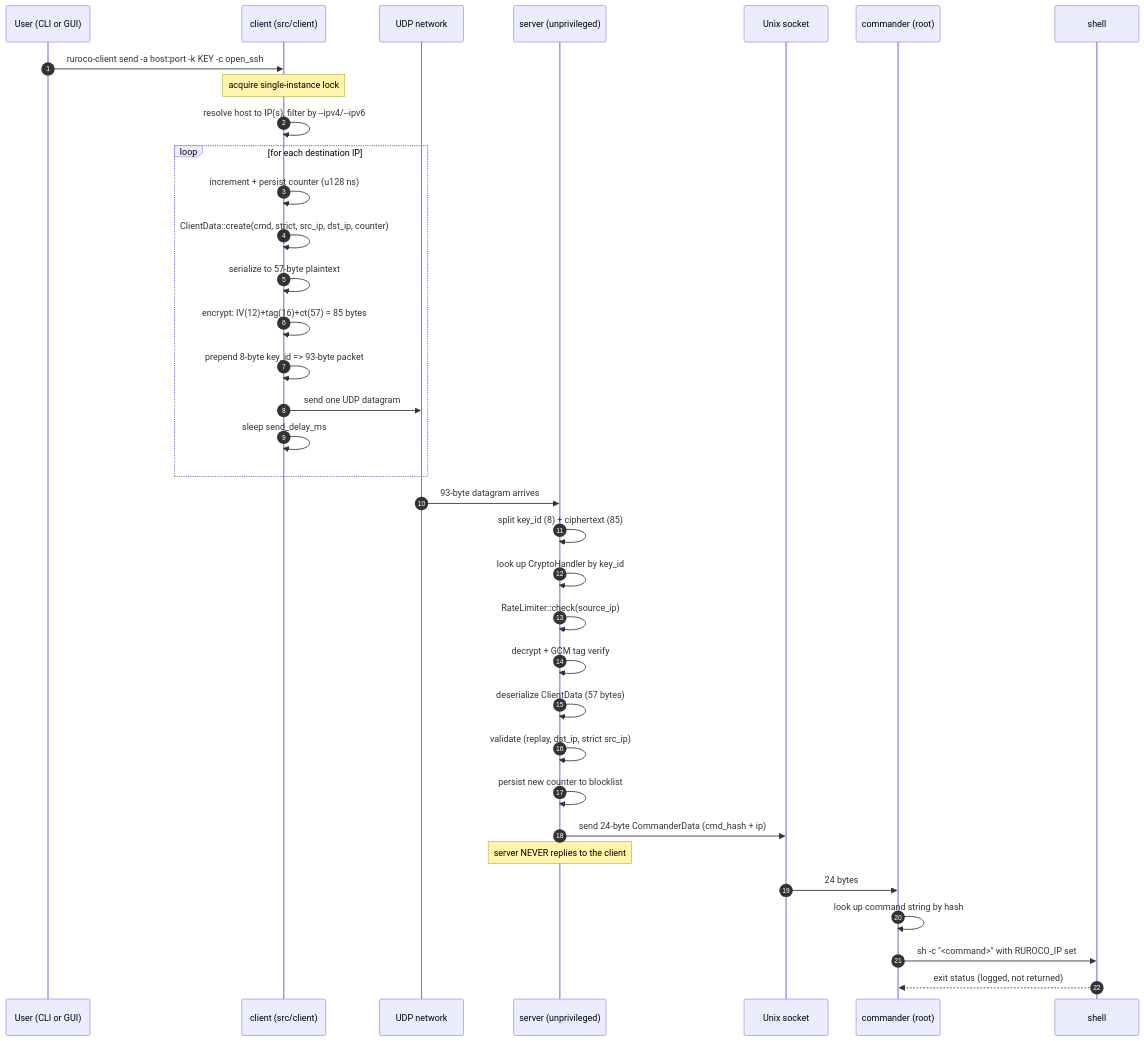
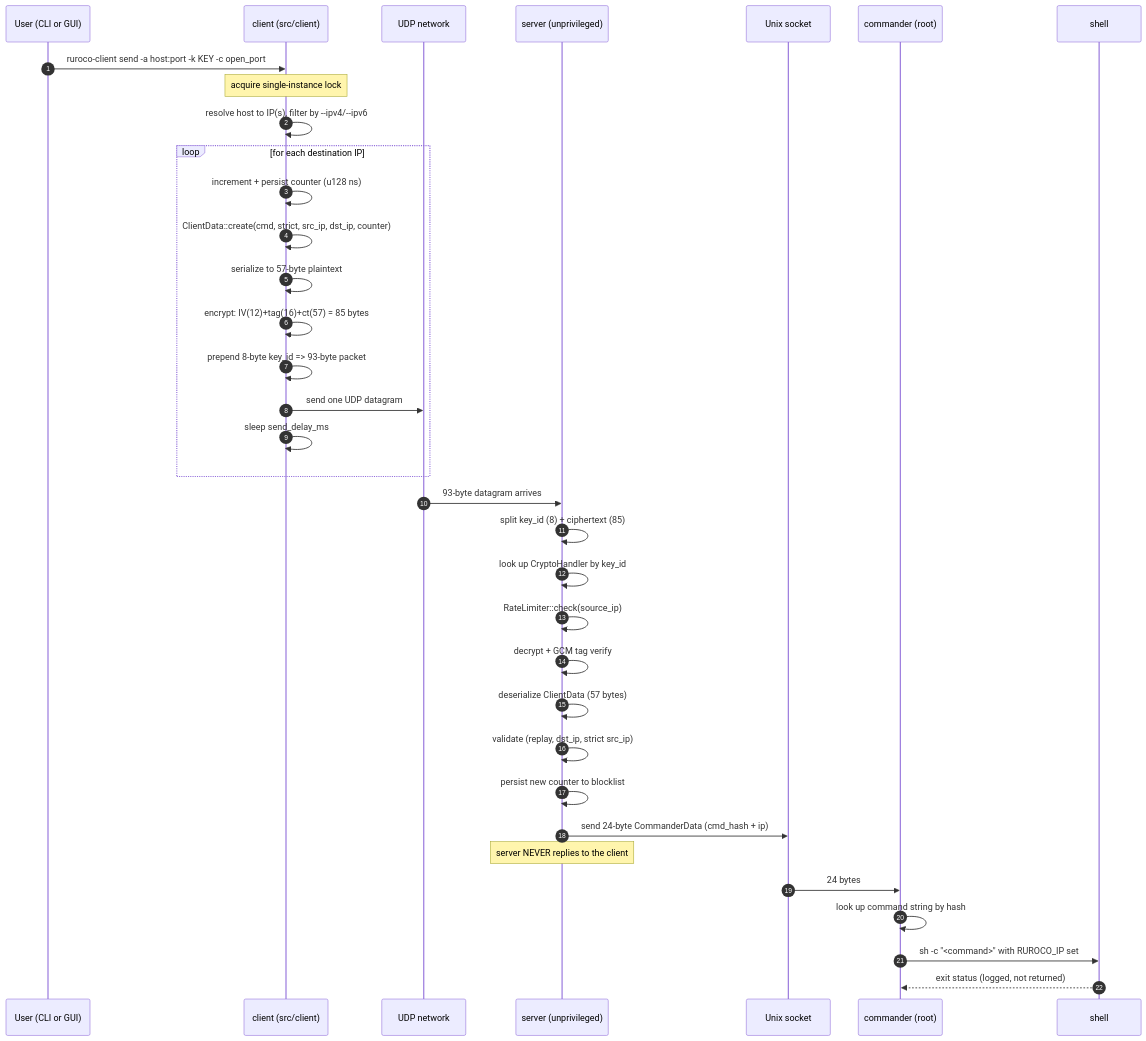
Before and after one commit to yonasBSD/ruroco: the diagram in docs/src/architecture/end-to-end-flow.md, drawn with Mermaid. The commit also changed 5 other files, not shown here.

````diff
--- a/docs/src/architecture/end-to-end-flow.md
+++ b/docs/src/architecture/end-to-end-flow.md
@@ -9,38 +9,38 @@
 ```mermaid
 sequenceDiagram
     autonumber
     participant U as User (CLI or GUI)
     participant C as client (src/client)
     participant Net as UDP network
     participant S as server (unprivileged)
     participant Sock as Unix socket
     participant Cmd as commander (root)
     participant Sh as shell
 
-    U->>C: ruroco-client send -a host:port -k KEY -c open_ssh
+    U->>C: ruroco-client send -a host:port -k KEY -c open_port
     Note over C: acquire single-instance lock
     C->>C: resolve host to IP(s), filter by --ipv4/--ipv6
     loop for each destination IP
         C->>C: increment + persist counter (u128 ns)
         C->>C: ClientData::create(cmd, strict, src_ip, dst_ip, counter)
         C->>C: serialize to 57-byte plaintext
         C->>C: encrypt: IV(12)+tag(16)+ct(57) = 85 bytes
         C->>C: prepend 8-byte key_id => 93-byte packet
         C->>Net: send one UDP datagram
         C->>C: sleep send_delay_ms
     end
     Net->>S: 93-byte datagram arrives
     S->>S: split key_id (8) + ciphertext (85)
     S->>S: look up CryptoHandler by key_id
     S->>S: RateLimiter::check(source_ip)
     S->>S: decrypt + GCM tag verify
     S->>S: deserialize ClientData (57 bytes)
     S->>S: validate (replay, dst_ip, strict src_ip)
     S->>S: persist new counter to blocklist
     S->>Sock: send 24-byte CommanderData (cmd_hash + ip)
     Note over S: server NEVER replies to the client
     Sock->>Cmd: 24 bytes
     Cmd->>Cmd: look up command string by hash
     Cmd->>Sh: sh -c "<command>" with RUROCO_IP set
     Sh-->>Cmd: exit status (logged, not returned)
 ```
````
